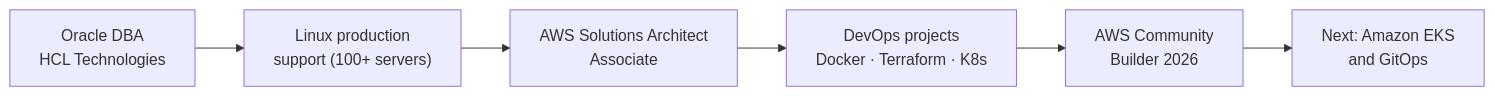
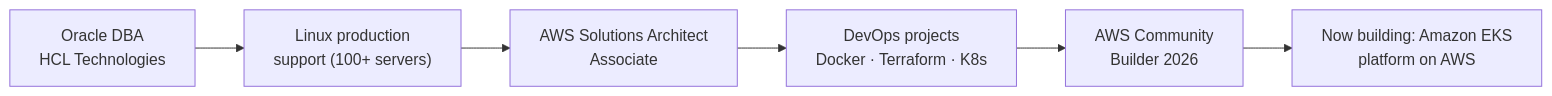
One commit to RanbirKaur11/RanbirKaur11 changed the diagram in README.md. Above: the diagram before and after it, drawn with Mermaid. The commit also changed other lines of this file, not shown here.

Commit message:
Update profile: what I'm working on, featured articles, remove DevSecOps

````diff
--- a/README.md
+++ b/README.md
@@ -59,8 +59,8 @@
 ```mermaid
 flowchart LR
     A["Oracle DBA<br/>HCL Technologies"] --> B["Linux production<br/>support (100+ servers)"]
     B --> C["AWS Solutions Architect<br/>Associate"]
     C --> D["DevOps projects<br/>Docker · Terraform · K8s"]
     D --> E["AWS Community<br/>Builder 2026"]
-    E --> F["Next: Amazon EKS<br/>and GitOps"]
+    E --> F["Now building: Amazon EKS<br/>platform on AWS"]
 ```
````
